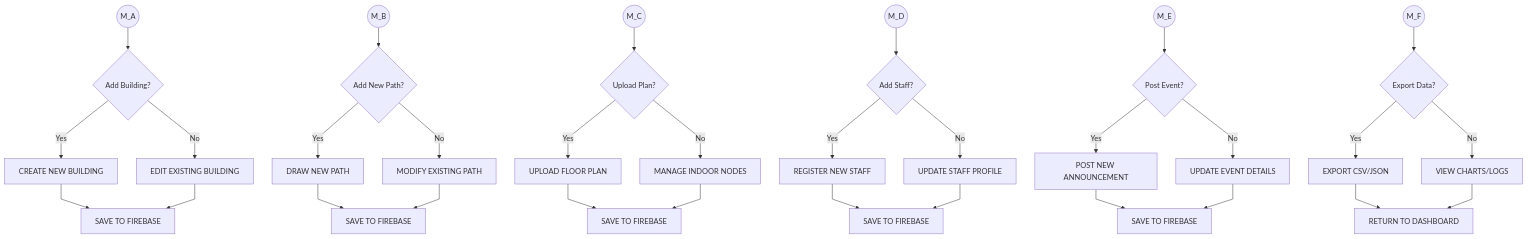
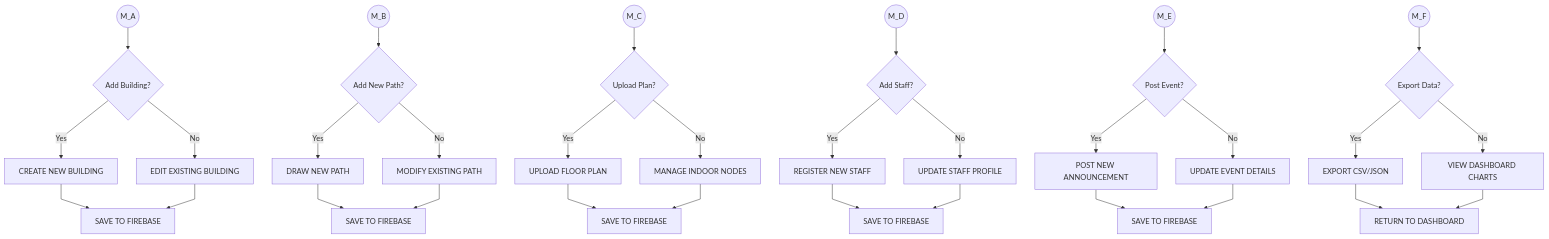
The seventh of 11 diagrams in iCCAT-Academic-Flowcharts-Printable.md (Yui1003/iCCAT), drawn with Mermaid before and after one commit. The commit also changed other lines of this file and 1 other file, not shown here.

First line of the commit message:
Revise kiosk flowcharts to follow academic style guidelines

````diff
--- a/iCCAT-Academic-Flowcharts-Printable.md
+++ b/iCCAT-Academic-Flowcharts-Printable.md
@@ -227,42 +227,42 @@
 ```mermaid
 %%{init: {'flowchart': {'curve': 'linear', 'nodeSpacing': 40, 'rankSpacing': 40}}}%%
 flowchart TB
     classDef action fill:#00b4d8,stroke:#0077b6,color:#fff
     classDef decision fill:#f59e0b,stroke:#d97706,color:#fff
     
     MA((M_A)) --> BLD_ACT{Add Building?}
     BLD_ACT -->|Yes| B_ADD[CREATE NEW BUILDING]
     BLD_ACT -->|No| B_EDT[EDIT EXISTING BUILDING]
     B_ADD --> B_SAVE[SAVE TO FIREBASE]
     B_EDT --> B_SAVE
     
     MB((M_B)) --> PTH_ACT{Add New Path?}
     PTH_ACT -->|Yes| P_ADD[DRAW NEW PATH]
     PTH_ACT -->|No| P_EDT[MODIFY EXISTING PATH]
     P_ADD --> P_SAVE[SAVE TO FIREBASE]
     P_EDT --> P_SAVE
     
     MC((M_C)) --> FLR_ACT{Upload Plan?}
     FLR_ACT -->|Yes| F_UPL[UPLOAD FLOOR PLAN]
     FLR_ACT -->|No| F_NOD[MANAGE INDOOR NODES]
     F_UPL --> F_SAVE[SAVE TO FIREBASE]
     F_NOD --> F_SAVE
     
     MD((M_D)) --> STF_ACT{Add Staff?}
     STF_ACT -->|Yes| S_ADD[REGISTER NEW STAFF]
     STF_ACT -->|No| S_EDT[UPDATE STAFF PROFILE]
     S_ADD --> S_SAVE[SAVE TO FIREBASE]
     S_EDT --> S_SAVE
     
     ME((M_E)) --> EVT_ACT{Post Event?}
     EVT_ACT -->|Yes| E_ADD[POST NEW ANNOUNCEMENT]
     EVT_ACT -->|No| E_EDT[UPDATE EVENT DETAILS]
     E_ADD --> E_SAVE[SAVE TO FIREBASE]
     E_EDT --> E_SAVE
     
     MF((M_F)) --> ANA_ACT{Export Data?}
     ANA_ACT -->|Yes| A_EXP[EXPORT CSV/JSON]
-    ANA_ACT -->|No| A_VEW[VIEW CHARTS/LOGS]
+    ANA_ACT -->|No| A_VEW[VIEW DASHBOARD CHARTS]
     A_EXP --> A_RET[RETURN TO DASHBOARD]
     A_VEW --> A_RET
 ```
````
